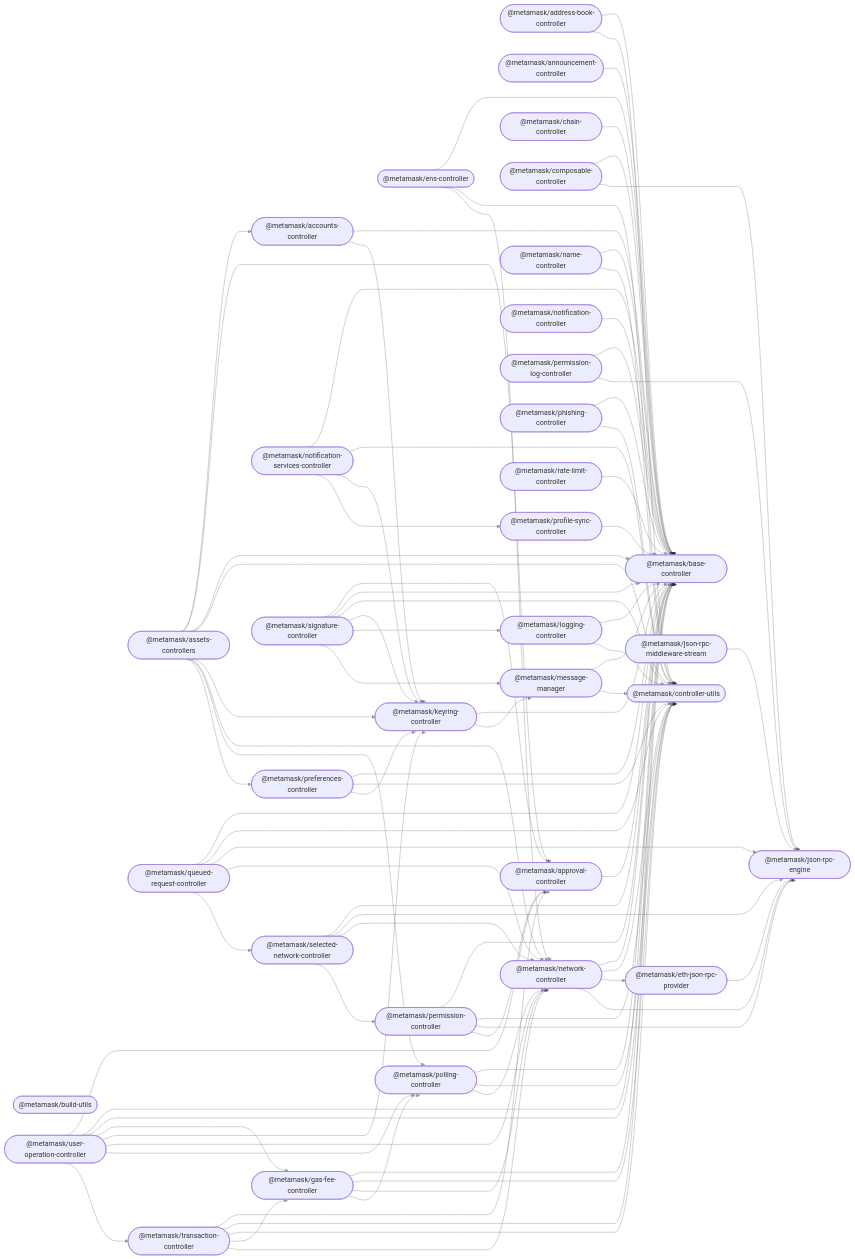
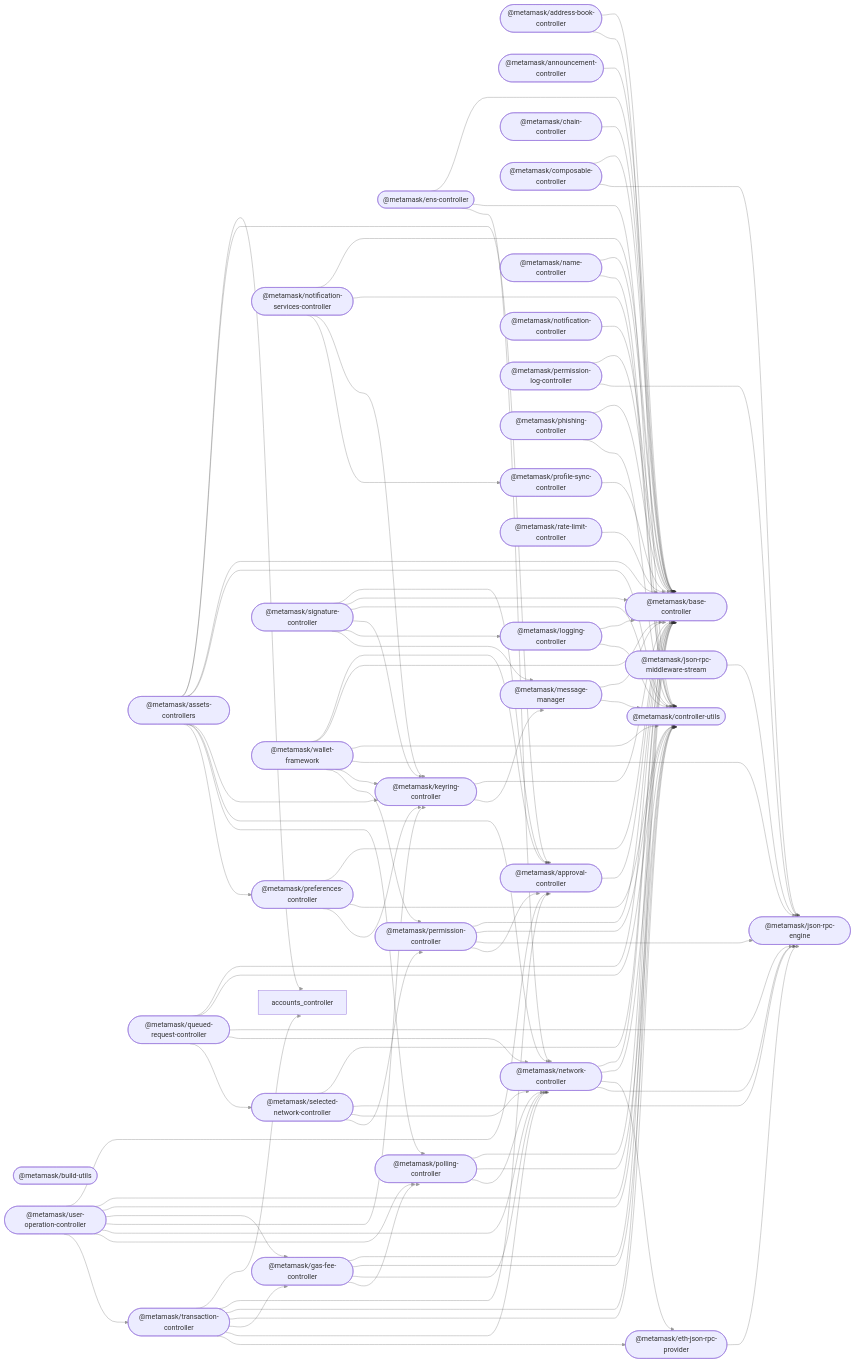
Before and after one commit to MetaMask/core: the diagram in README.md, drawn with Mermaid. The commit also changed other lines of this file and 19 other files, not shown here.

````diff
--- a/README.md
+++ b/README.md
@@ -53,7 +53,6 @@
 %%{ init: { 'flowchart': { 'curve': 'bumpX' } } }%%
 graph LR;
 linkStyle default opacity:0.5
-  accounts_controller(["@metamask/accounts-controller"]);
   address_book_controller(["@metamask/address-book-controller"]);
   announcement_controller(["@metamask/announcement-controller"]);
   approval_controller(["@metamask/approval-controller"]);
@@ -87,8 +86,7 @@
   signature_controller(["@metamask/signature-controller"]);
   transaction_controller(["@metamask/transaction-controller"]);
   user_operation_controller(["@metamask/user-operation-controller"]);
-  accounts_controller --> base_controller;
-  accounts_controller --> keyring_controller;
+  wallet_framework(["@metamask/wallet-framework"]);
   address_book_controller --> base_controller;
   address_book_controller --> controller_utils;
   announcement_controller --> base_controller;
@@ -161,11 +159,13 @@
   signature_controller --> keyring_controller;
   signature_controller --> logging_controller;
   signature_controller --> message_manager;
+  transaction_controller --> accounts_controller;
   transaction_controller --> approval_controller;
   transaction_controller --> base_controller;
   transaction_controller --> controller_utils;
   transaction_controller --> gas_fee_controller;
   transaction_controller --> network_controller;
+  transaction_controller --> eth_json_rpc_provider;
   user_operation_controller --> approval_controller;
   user_operation_controller --> base_controller;
   user_operation_controller --> controller_utils;
@@ -174,4 +174,10 @@
   user_operation_controller --> network_controller;
   user_operation_controller --> polling_controller;
   user_operation_controller --> transaction_controller;
+  wallet_framework --> approval_controller;
+  wallet_framework --> base_controller;
+  wallet_framework --> controller_utils;
+  wallet_framework --> json_rpc_engine;
+  wallet_framework --> keyring_controller;
+  wallet_framework --> permission_controller;
 ```
````
